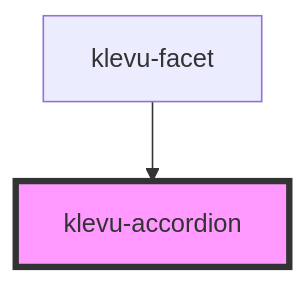
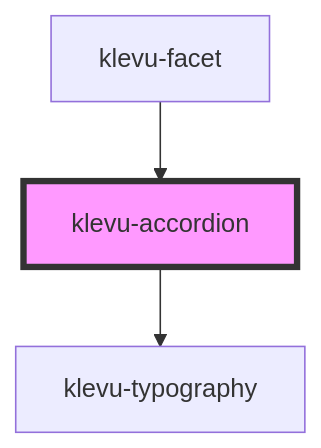
Before and after one commit to klevultd/frontend-sdk: the diagram in packages/klevu-ui/src/components/klevu-accordion/readme.md, drawn with Mermaid. The commit also changed other lines of this file and 17 other files, not shown here.

````diff
--- a/packages/klevu-ui/src/components/klevu-accordion/readme.md
+++ b/packages/klevu-ui/src/components/klevu-accordion/readme.md
@@ -41,5 +45,6 @@
 ```mermaid
 graph TD;
+  klevu-accordion --> klevu-typography
   klevu-facet --> klevu-accordion
   style klevu-accordion fill:#f9f,stroke:#333,stroke-width:4px
 ```
````
